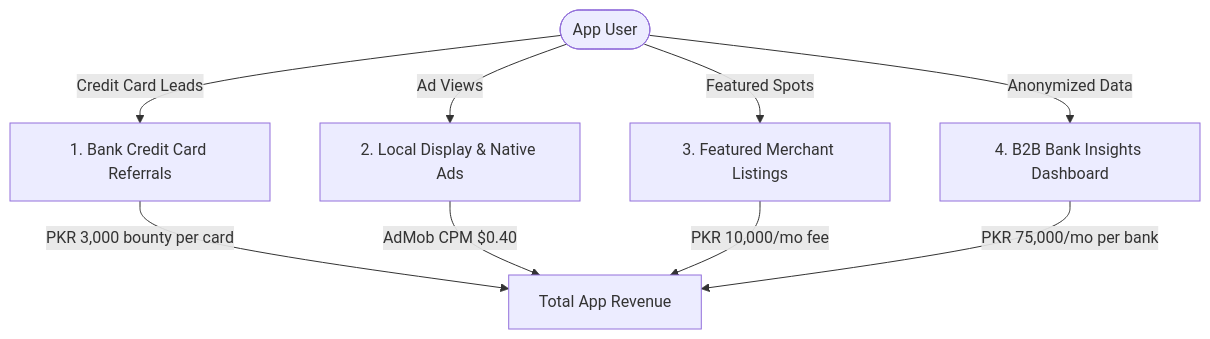
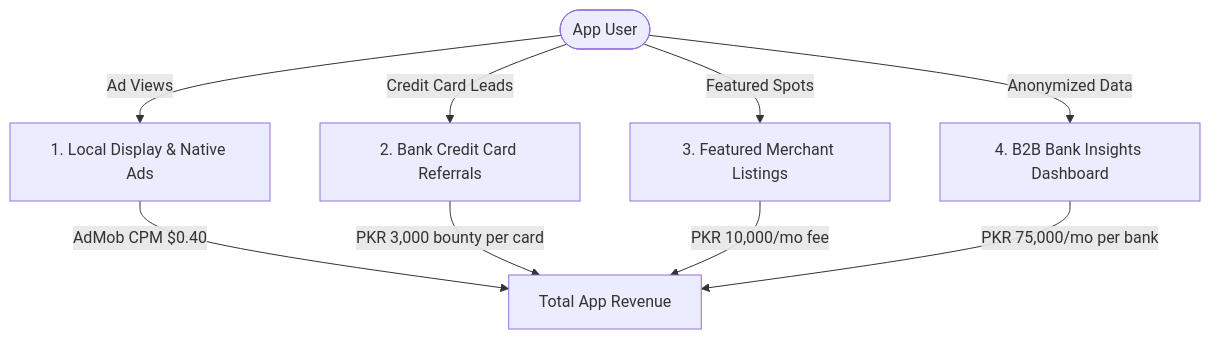
One commit to hasanjamshaid/androidapps_docs changed the diagram in CreditCardPerks/revenue_model.md. Above: the diagram before and after it, drawn with Mermaid. The commit also changed other lines of this file and 18 other files, not shown here.

````diff
--- a/CreditCardPerks/revenue_model.md
+++ b/CreditCardPerks/revenue_model.md
@@ -22,12 +22,12 @@
 ```mermaid
 graph TD
-    User([App User]) -->|Credit Card Leads| LeadGen[1. Bank Credit Card Referrals]
-    User -->|Ad Views| Ads[2. Local Display & Native Ads]
+    User([App User]) -->|Ad Views| Ads[1. Local Display & Native Ads]
+    User -->|Credit Card Leads| LeadGen[2. Bank Credit Card Referrals]
     User -->|Featured Spots| Brands[3. Featured Merchant Listings]
     User -->|Anonymized Data| Insights[4. B2B Bank Insights Dashboard]
 
-    LeadGen -->|PKR 3,000 bounty per card| Rev[Total App Revenue]
-    Ads -->|AdMob CPM $0.40| Rev
+    Ads -->|AdMob CPM $0.40| Rev[Total App Revenue]
+    LeadGen -->|PKR 3,000 bounty per card| Rev
     Brands -->|PKR 10,000/mo fee| Rev
     Insights -->|PKR 75,000/mo per bank| Rev
 ```
````
